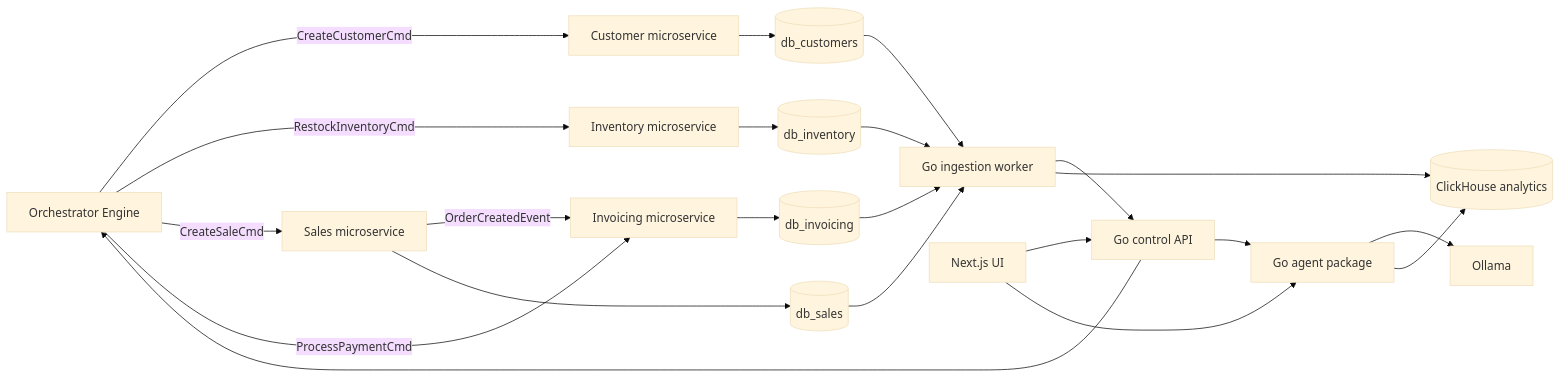
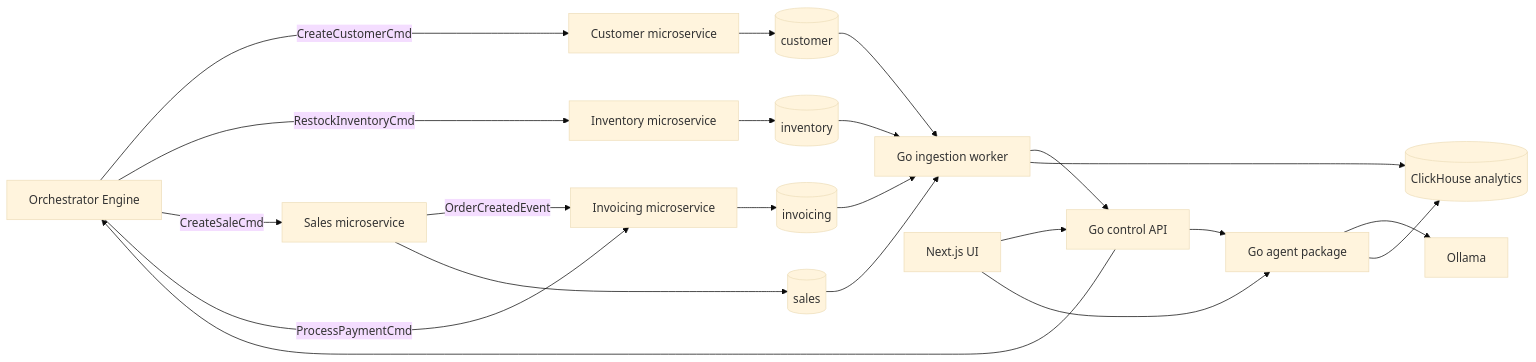
One commit to poph2/datastack changed the diagram in CLAUDE.md. Above: the diagram before and after it, drawn with Mermaid (base theme). The commit also changed other lines of this file and 4 other files, not shown here.

````diff
--- a/CLAUDE.md
+++ b/CLAUDE.md
@@ -51,24 +51,24 @@
 ```mermaid
 flowchart LR
   Orchestrator[Orchestrator Engine] -- CreateCustomerCmd --> CustomerSvc[Customer microservice]
   Orchestrator -- RestockInventoryCmd --> InventorySvc[Inventory microservice]
   Orchestrator -- CreateSaleCmd --> SalesSvc[Sales microservice]
   Orchestrator -- ProcessPaymentCmd --> InvoicingSvc[Invoicing microservice]
   SalesSvc -- OrderCreatedEvent --> InvoicingSvc
-  CustomerSvc --> CustomerDB[(db_customers)]
-  InventorySvc --> InventoryDB[(db_inventory)]
-  SalesSvc --> SalesDB[(db_sales)]
-  InvoicingSvc --> InvoicingDB[(db_invoicing)]
+  CustomerSvc --> CustomerDB[(customer)]
+  InventorySvc --> InventoryDB[(inventory)]
+  SalesSvc --> SalesDB[(sales)]
+  InvoicingSvc --> InvoicingDB[(invoicing)]
   Ingestor[Go ingestion worker] --> ControlAPI[Go control API]
   ControlAPI --> Agent[Go agent package]
   ControlAPI --> Orchestrator
   CustomerDB --> Ingestor
   InventoryDB --> Ingestor
   SalesDB --> Ingestor
   InvoicingDB --> Ingestor
   Ingestor --> ClickHouse[(ClickHouse analytics)]
   UI[Next.js UI] --> ControlAPI
   UI --> Agent
   Agent --> Ollama[Ollama]
   Agent --> ClickHouse
 ```
````
